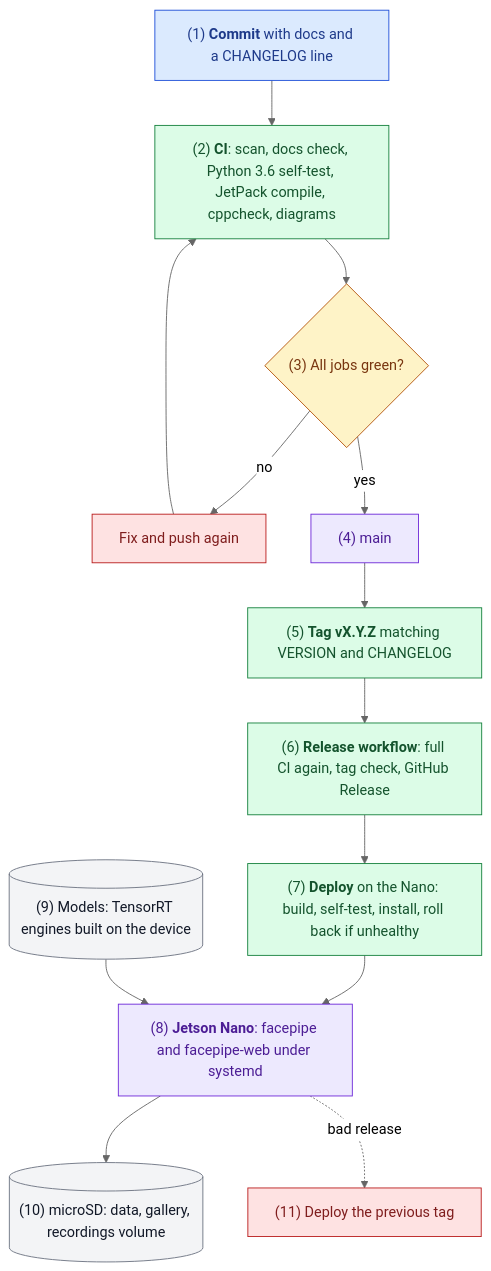
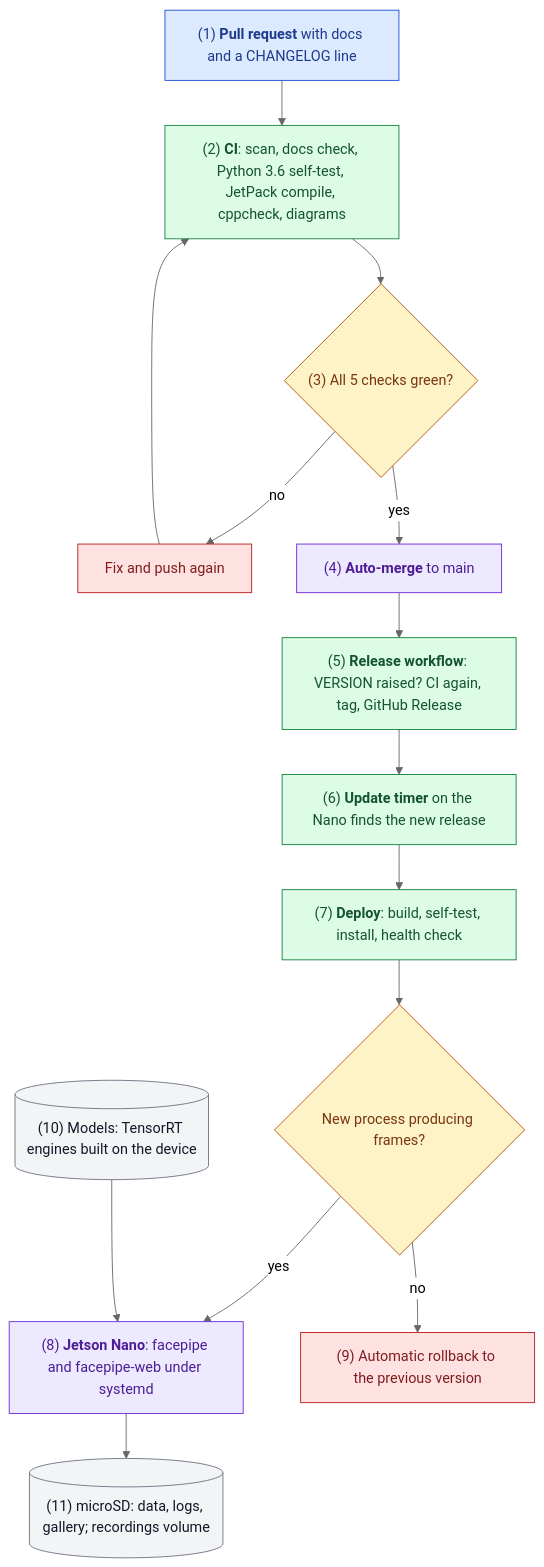
The second of 2 diagrams in README.md (hamza-aziz-ai/Jetson-Nano-Face-Recognition-Attendance-System), drawn with Mermaid (neutral theme) before and after one commit. The commit also changed other lines of this file, not shown here.

First line of the commit message:
docs(readme): enterprise layout with at-a-glance metrics and the current release flow, so it reads well and matches D-031/D-032 (#2)

````diff
--- a/README.md
+++ b/README.md
@@ -68,21 +119,22 @@
 ```mermaid
 flowchart TB
-  DEV["`(1) **Commit** with docs and a CHANGELOG line`"]:::entry --> CI["`(2) **CI**: scan, docs check, Python 3.6 self-test, JetPack compile, cppcheck, diagrams`"]:::step
-  CI --> GREEN{"`(3) All jobs green?`"}:::decision
+  DEV["`(1) **Pull request** with docs and a CHANGELOG line`"]:::entry --> CI["`(2) **CI**: scan, docs check, Python 3.6 self-test, JetPack compile, cppcheck, diagrams`"]:::step
+  CI --> GREEN{"`(3) All 5 checks green?`"}:::decision
   GREEN -->|"`no`"| FIX["`Fix and push again`"]:::error
   FIX --> CI
-  GREEN -->|"`yes`"| MAIN["`(4) main`"]:::outcome
-  MAIN --> TAG["`(5) **Tag vX.Y.Z** matching VERSION and CHANGELOG`"]:::step
-  TAG --> REL["`(6) **Release workflow**: full CI again, tag check, GitHub Release`"]:::step
-  REL --> DEPLOY["`(7) **Deploy** on the Nano: build, self-test, install, roll back if unhealthy`"]:::step
-  DEPLOY --> NANO["`(8) **Jetson Nano**: facepipe and facepipe-web under systemd`"]:::outcome
-  MODELS[("`(9) Models: TensorRT engines built on the device`")]:::store --> NANO
-  NANO --> DATA[("`(10) microSD: data, gallery, recordings volume`")]:::store
-  NANO -.->|"`bad release`"| BACK["`(11) Deploy the previous tag`"]:::error
+  GREEN -->|"`yes`"| MAIN["`(4) **Auto-merge** to main`"]:::outcome
+  MAIN --> REL["`(5) **Release workflow**: VERSION raised? CI again, tag, GitHub Release`"]:::step
+  REL --> TIMER["`(6) **Update timer** on the Nano finds the new release`"]:::step
+  TIMER --> DEPLOY["`(7) **Deploy**: build, self-test, install, health check`"]:::step
+  DEPLOY --> OK{"`New process producing frames?`"}:::decision
+  OK -->|"`yes`"| NANO["`(8) **Jetson Nano**: facepipe and facepipe-web under systemd`"]:::outcome
+  OK -->|"`no`"| BACK["`(9) Automatic rollback to the previous version`"]:::error
+  MODELS[("`(10) Models: TensorRT engines built on the device`")]:::store --> NANO
+  NANO --> DATA[("`(11) microSD: data, logs, gallery; recordings volume`")]:::store
   classDef entry fill:#dbeafe,stroke:#1d4ed8,color:#1e3a8a
   classDef step fill:#dcfce7,stroke:#15803d,color:#14532d
   classDef decision fill:#fef3c7,stroke:#b45309,color:#78350f
   classDef outcome fill:#ede9fe,stroke:#6d28d9,color:#4c1d95
   classDef error fill:#fee2e2,stroke:#b91c1c,color:#7f1d1d
   classDef store fill:#f3f4f6,stroke:#6b7280,color:#111827
 ```
````
